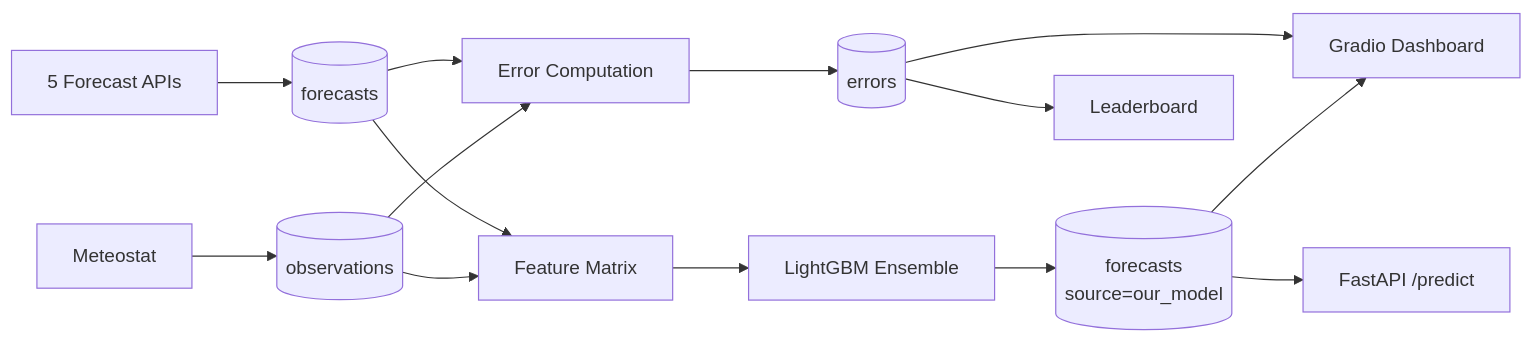
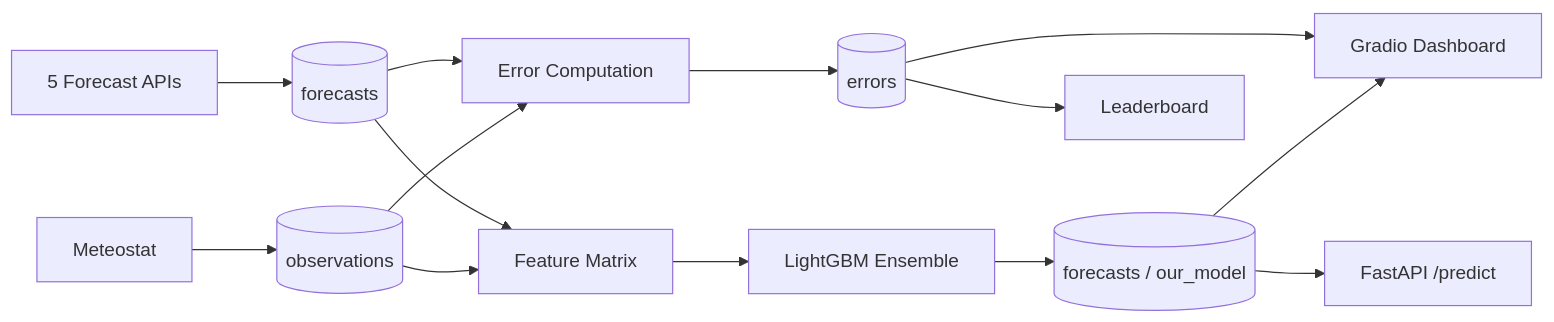
Before and after one commit to JepStar990/weather-mlops-forecasts: the second of 3 diagrams in README.md, drawn with Mermaid. The commit also changed other lines of this file, not shown here.

First line of the commit message:
fix: simplify Mermaid diagrams for GitHub renderer compatibility

````diff
--- a/README.md
+++ b/README.md
@@ -90,16 +92,16 @@
 ```mermaid
 flowchart LR
     A[5 Forecast APIs] --> B[(forecasts)]
     C[Meteostat] --> D[(observations)]
     B --> E[Feature Matrix]
     D --> E
     E --> F[LightGBM Ensemble]
-    F --> G[(forecasts<br/>source=our_model)]
+    F --> G[(forecasts / our_model)]
     B --> H[Error Computation]
     D --> H
     H --> I[(errors)]
     I --> J[Leaderboard]
     I --> K[Gradio Dashboard]
     G --> K
     G --> L[FastAPI /predict]
 ```
````
